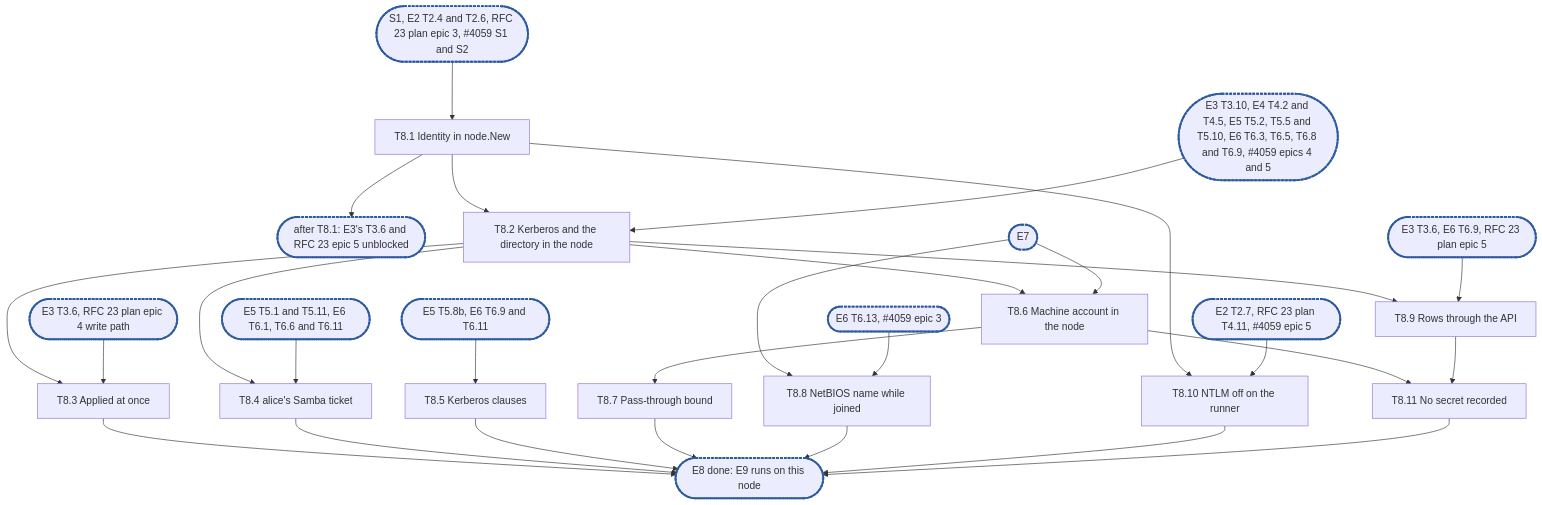
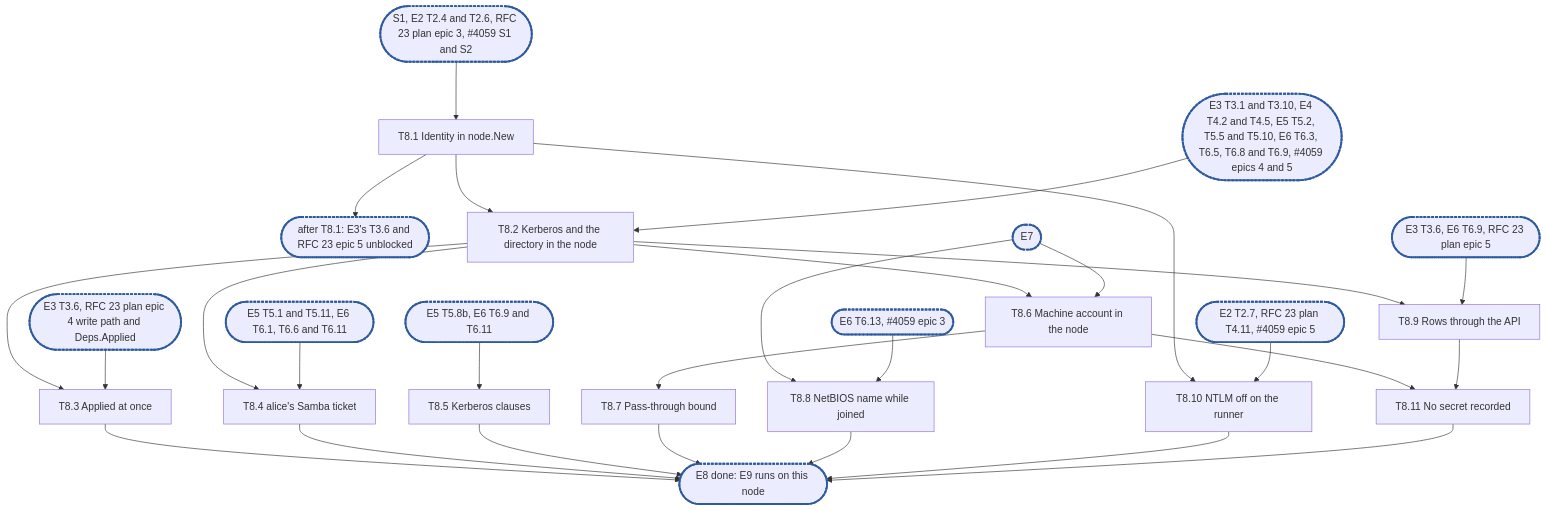
Before and after one commit to cubbit/dittofs: the diagram in docs/internals/planning/rfc-18-identity-epic8.md, drawn with Mermaid. The commit also changed other lines of this file, not shown here.

Commit message:
docs(planning): fold Marco's review into RFC 18 epic 8

````diff
--- a/docs/internals/planning/rfc-18-identity-epic8.md
+++ b/docs/internals/planning/rfc-18-identity-epic8.md
@@ -579,24 +621,24 @@
 ```mermaid
 flowchart TD
   X1(["S1, E2 T2.4 and T2.6, RFC 23 plan epic 3, #4059 S1 and S2"]):::sync --> T8_1["T8.1 Identity in node.New"]
   T8_1 --> C0(["after T8.1: E3's T3.6 and RFC 23 epic 5 unblocked"]):::sync
   T8_1 --> T8_2["T8.2 Kerberos and the directory in the node"]
-  X2(["E3 T3.10, E4 T4.2 and T4.5, E5 T5.2, T5.5 and T5.10, E6 T6.3, T6.5, T6.8 and T6.9, #4059 epics 4 and 5"]):::sync --> T8_2
+  X2(["E3 T3.1 and T3.10, E4 T4.2 and T4.5, E5 T5.2, T5.5 and T5.10, E6 T6.3, T6.5, T6.8 and T6.9, #4059 epics 4 and 5"]):::sync --> T8_2
   T8_2 --> T8_3["T8.3 Applied at once"]
-  X3(["E3 T3.6, RFC 23 plan epic 4 write path"]):::sync --> T8_3
+  X3(["E3 T3.6, RFC 23 plan epic 4 write path and Deps.Applied"]):::sync --> T8_3
   T8_2 --> T8_4["T8.4 alice's Samba ticket"]
   X4(["E5 T5.1 and T5.11, E6 T6.1, T6.6 and T6.11"]):::sync --> T8_4
   X5(["E5 T5.8b, E6 T6.9 and T6.11"]):::sync --> T8_5["T8.5 Kerberos clauses"]
   T8_2 --> T8_6["T8.6 Machine account in the node"]
   X6(["E7"]):::sync --> T8_6
   T8_6 --> T8_7["T8.7 Pass-through bound"]
   X6 --> T8_8["T8.8 NetBIOS name while joined"]
   X7(["E6 T6.13, #4059 epic 3"]):::sync --> T8_8
   T8_2 --> T8_9["T8.9 Rows through the API"]
   X8(["E3 T3.6, E6 T6.9, RFC 23 plan epic 5"]):::sync --> T8_9
   T8_1 --> T8_10["T8.10 NTLM off on the runner"]
   X9(["E2 T2.7, RFC 23 plan T4.11, #4059 epic 5"]):::sync --> T8_10
   T8_6 & T8_9 --> T8_11["T8.11 No secret recorded"]
   T8_3 & T8_4 & T8_5 & T8_7 & T8_8 & T8_10 & T8_11 --> C1(["E8 done: E9 runs on this node"]):::sync
   classDef sync stroke:#2c5aa0,stroke-width:3px,stroke-dasharray:4 2
 ```
````
